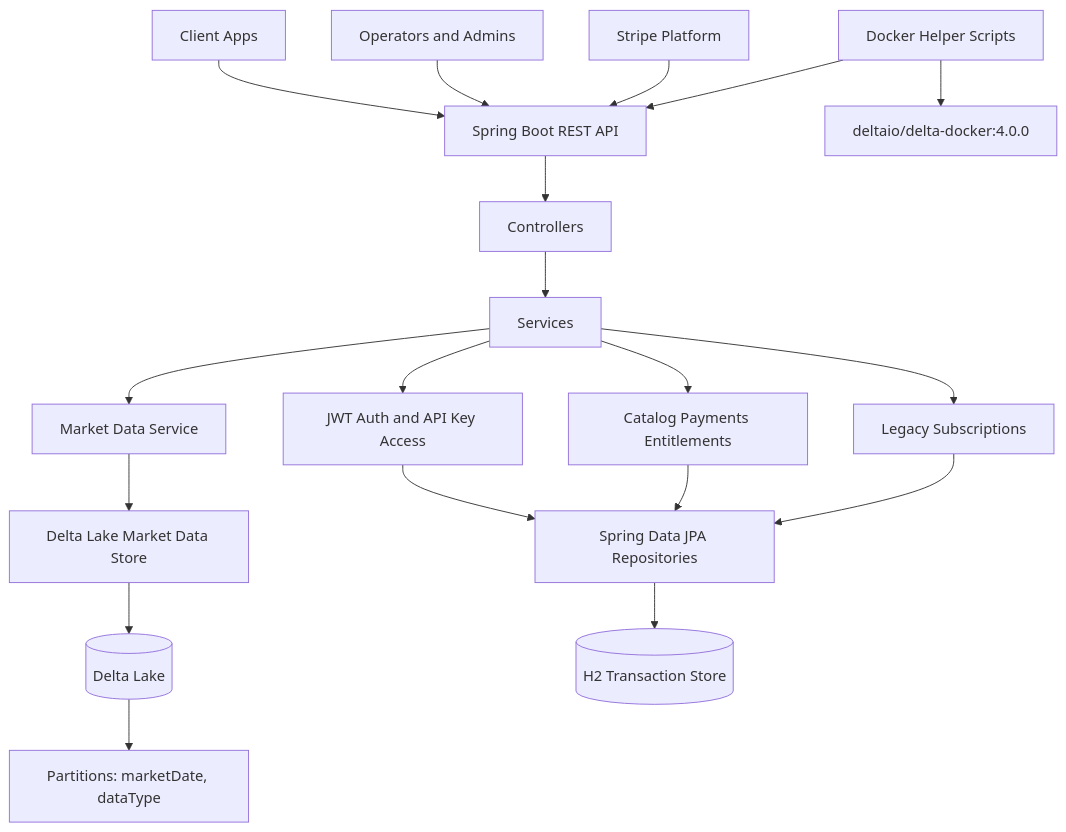
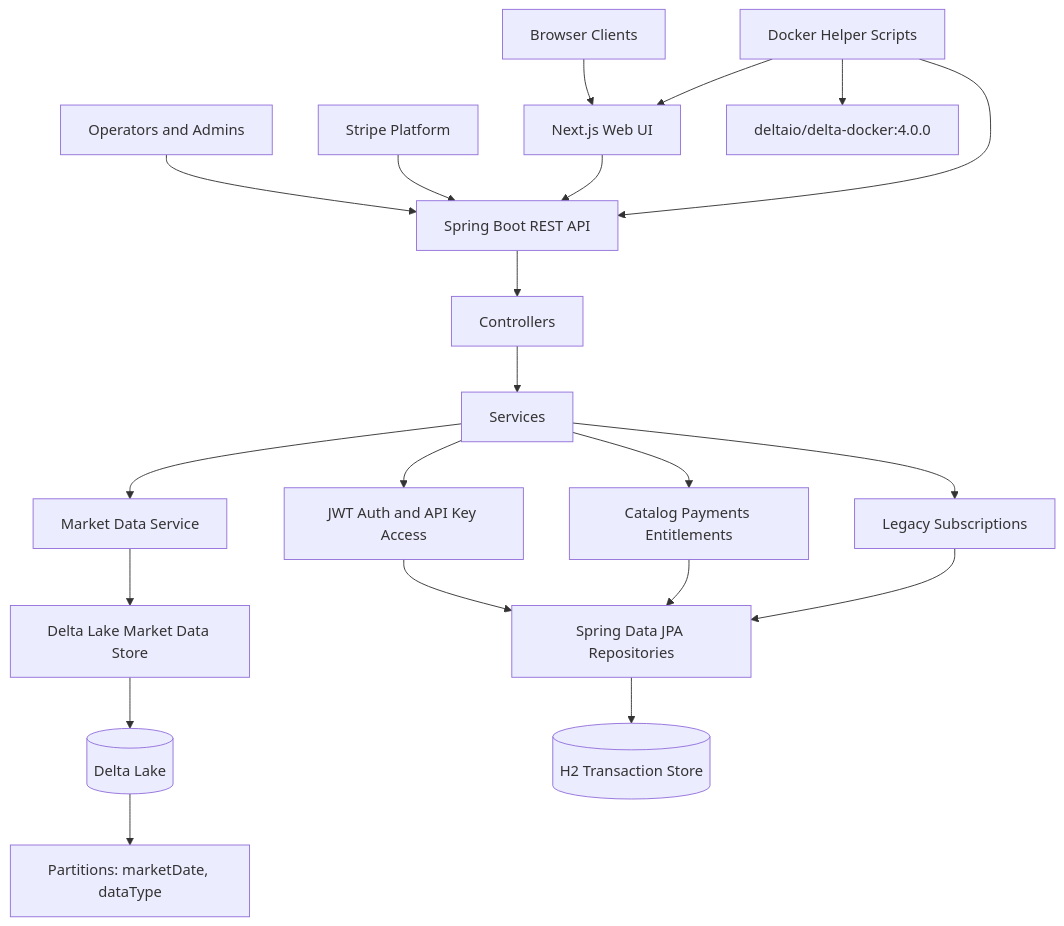
One commit to khab40/spring-boot-java-refresh changed the diagram in docs/diagrams/architecture-overview.md. Above: the diagram before and after it, drawn with Mermaid. The commit also changed 50 other files, not shown here.

````diff
--- a/docs/diagrams/architecture-overview.md
+++ b/docs/diagrams/architecture-overview.md
@@ -7,21 +7,23 @@
 ```mermaid
 graph TB
-    Client[Client Apps] --> Api[Spring Boot REST API]
+    Client[Browser Clients] --> Next[Next.js Web UI]
     Admin[Operators and Admins] --> Api
     Stripe[Stripe Platform] --> Api
+    Next --> Api[Spring Boot REST API]
     Api --> Controllers[Controllers]
     Controllers --> Services[Services]
     Services --> Security[JWT Auth and API Key Access]
     Services --> Commerce[Catalog Payments Entitlements]
     Services --> Market[Market Data Service]
     Services --> Legacy[Legacy Subscriptions]
     Security --> Repositories[Spring Data JPA Repositories]
     Commerce --> Repositories
     Legacy --> Repositories
     Market --> DeltaStore[Delta Lake Market Data Store]
     DeltaStore --> Delta[(Delta Lake)]
     Repositories --> H2[(H2 Transaction Store)]
     Delta --> Partitioning[Partitions: marketDate, dataType]
     Scripts[Docker Helper Scripts] --> Api
+    Scripts --> Next
     Scripts --> DeltaContainer[deltaio/delta-docker:4.0.0]
 ```
````
